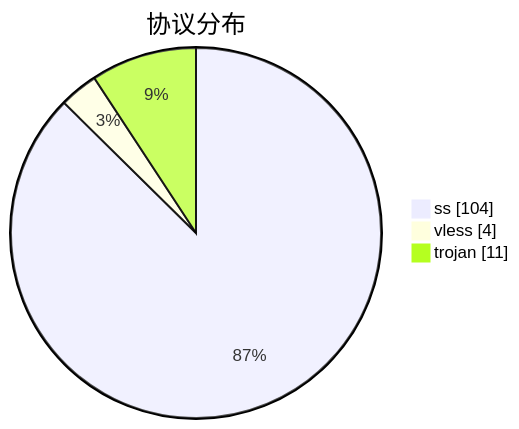
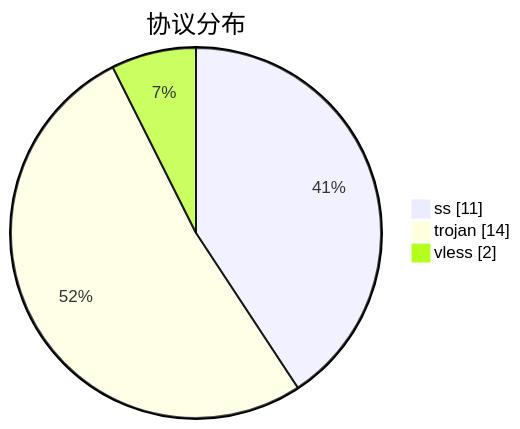
One commit to qjlxg/airport changed the third of 3 diagrams in subs/statistics/tested_within.md. Above: the diagram before and after it, drawn with Mermaid. The commit also changed other lines of this file and 2 other files, not shown here.

````diff
--- a/subs/statistics/tested_within.md
+++ b/subs/statistics/tested_within.md
@@ -30,7 +23,7 @@
 ```mermaid
 pie showData
 title 协议分布
-"ss" : 104
-"vless" : 4
-"trojan" : 11
+"ss" : 11
+"trojan" : 14
+"vless" : 2
 ```
````
